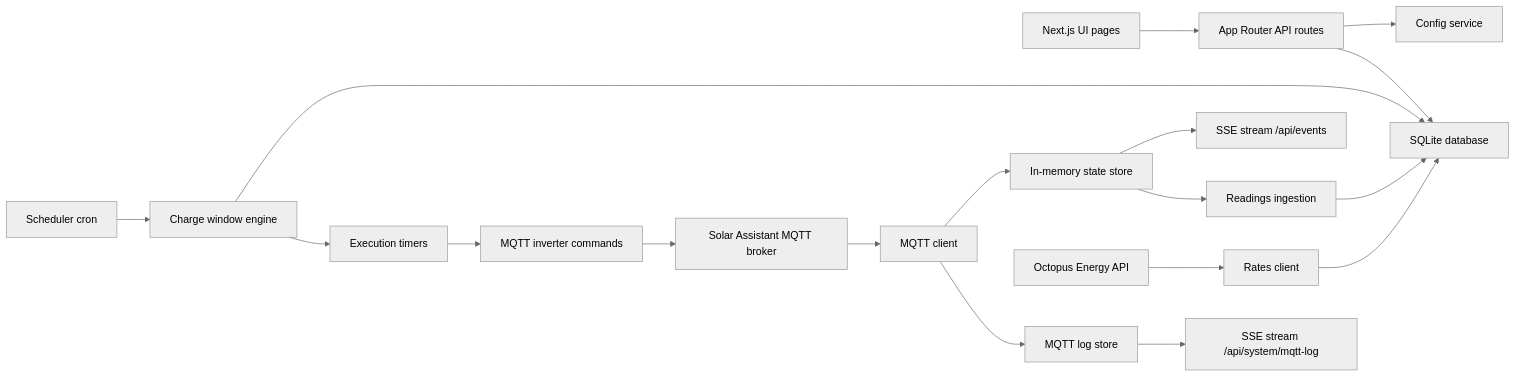
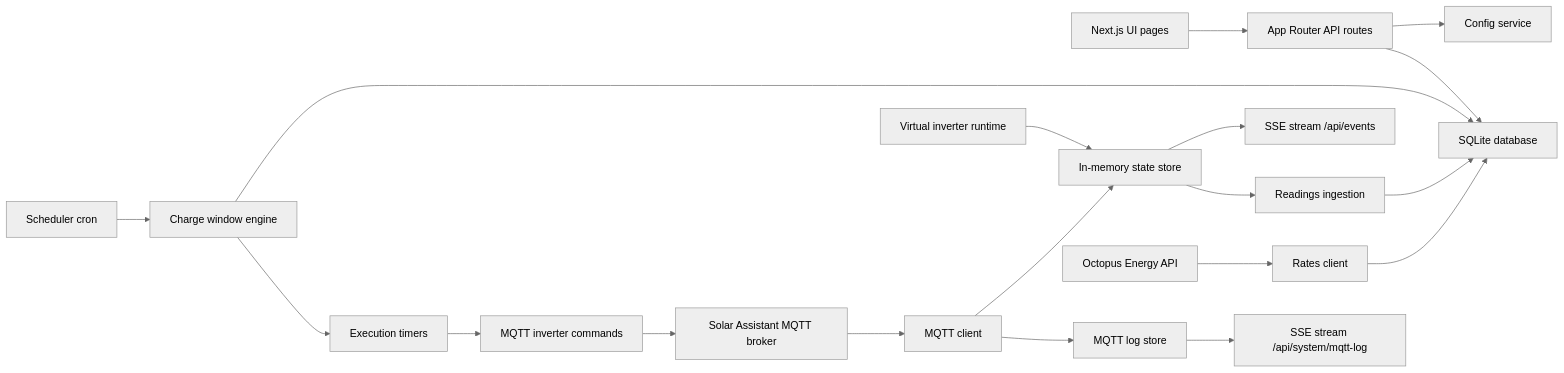
The diagram in docs/architecture.md (jjbrunton/SolarBuddy), drawn with Mermaid (neutral theme) before and after one commit. The commit also changed other lines of this file and 55 other files, not shown here.

Commit message:
Add virtual inverter sandbox mode

````diff
--- a/docs/architecture.md
+++ b/docs/architecture.md
@@ -7,20 +9,21 @@
 ```mermaid
 flowchart LR
   UI["Next.js UI pages"] --> API["App Router API routes"]
   API --> CFG["Config service"]
   API --> DB["SQLite database"]
   MQTT["Solar Assistant MQTT broker"] --> MQ["MQTT client"]
   MQ --> STATE["In-memory state store"]
+  VIRT["Virtual inverter runtime"] --> STATE
   MQ --> MLOG["MQTT log store"]
   STATE --> SSE["SSE stream /api/events"]
   MLOG --> MLOGSSE["SSE stream /api/system/mqtt-log"]
   STATE --> SNAP["Readings ingestion"]
   SNAP --> DB
   OCT["Octopus Energy API"] --> RATES["Rates client"]
   RATES --> DB
   CRON["Scheduler cron"] --> ENGINE["Charge window engine"]
   ENGINE --> DB
   ENGINE --> EXEC["Execution timers"]
   EXEC --> CMD["MQTT inverter commands"]
   CMD --> MQTT
 ```
````
